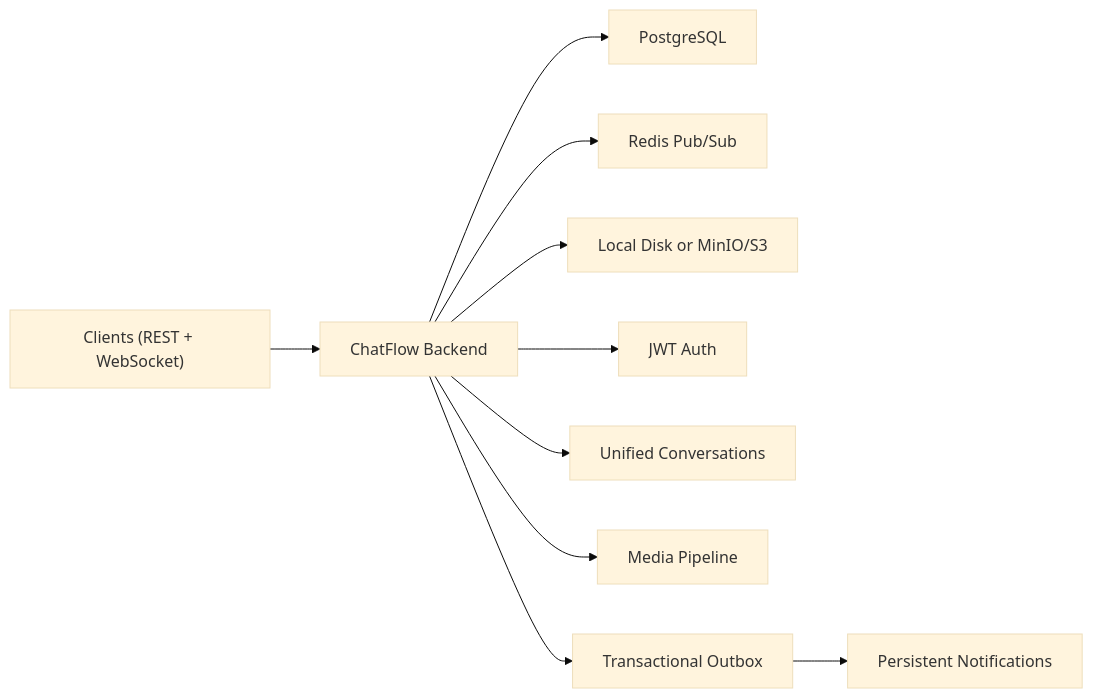
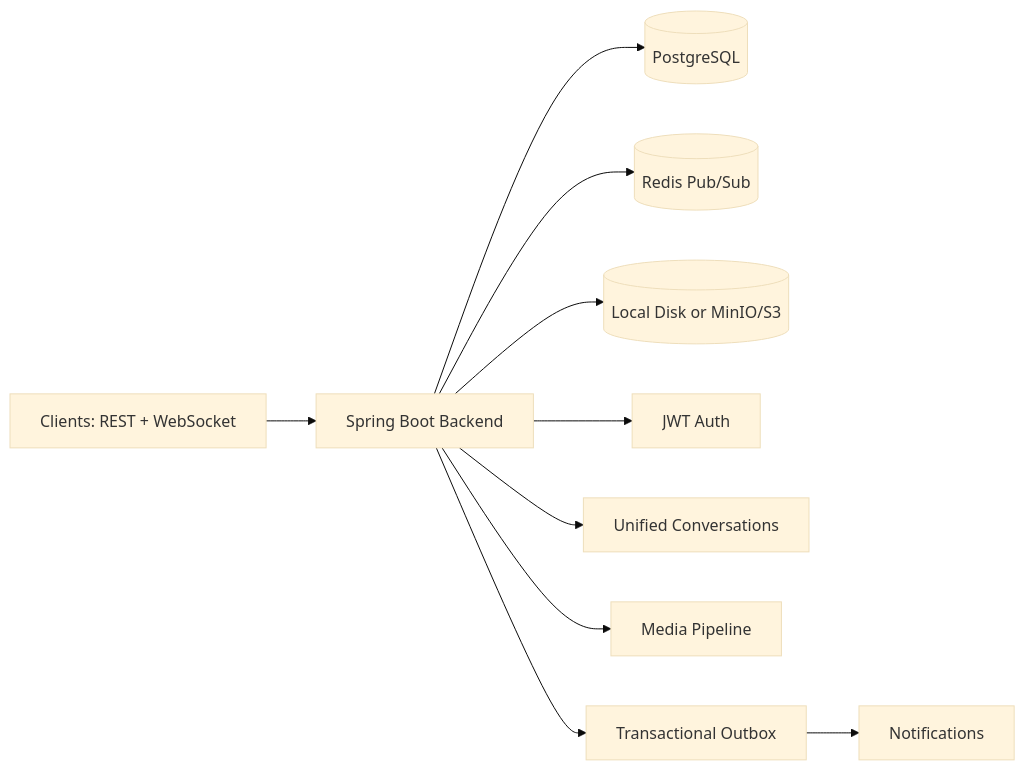
One commit to SudhanshuSingh6/ChatFlow changed the first of 5 diagrams in README.md. Above: the diagram before and after it, drawn with Mermaid (base theme). The commit also changed other lines of this file, not shown here.

````diff
--- a/README.md
+++ b/README.md
@@ -24,13 +24,13 @@
 ```mermaid
 flowchart LR
-  Client["Clients (REST + WebSocket)"] --> App["ChatFlow Backend"]
-  App --> Postgres["PostgreSQL"]
-  App --> Redis["Redis Pub/Sub"]
-  App --> Storage["Local Disk or MinIO/S3"]
+  Client[Clients: REST + WebSocket] --> App[Spring Boot Backend]
+  App --> Postgres[(PostgreSQL)]
+  App --> Redis[(Redis Pub/Sub)]
+  App --> Storage[(Local Disk or MinIO/S3)]
 
-  App --> Auth["JWT Auth"]
-  App --> Chat["Unified Conversations"]
-  App --> Media["Media Pipeline"]
-  App --> Outbox["Transactional Outbox"]
-  Outbox --> Notif["Persistent Notifications"]
+  App --> Auth[JWT Auth]
+  App --> Chat[Unified Conversations]
+  App --> Media[Media Pipeline]
+  App --> Outbox[Transactional Outbox]
+  Outbox --> Notif[Notifications]
 ```
````
